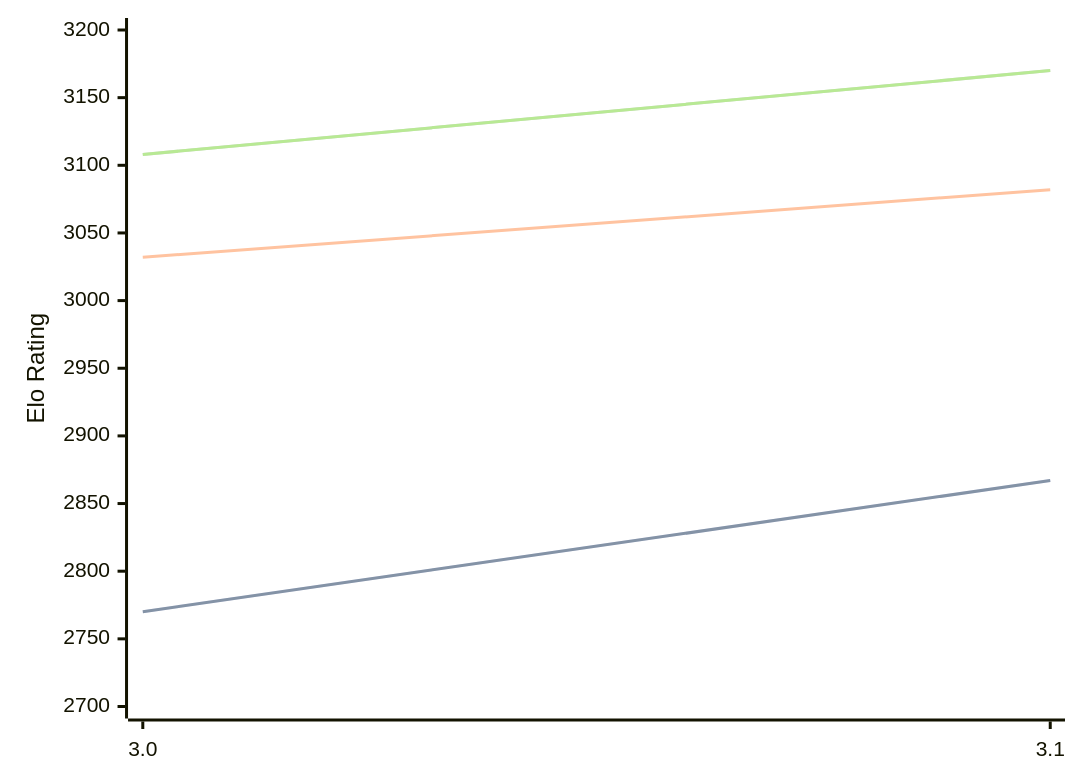
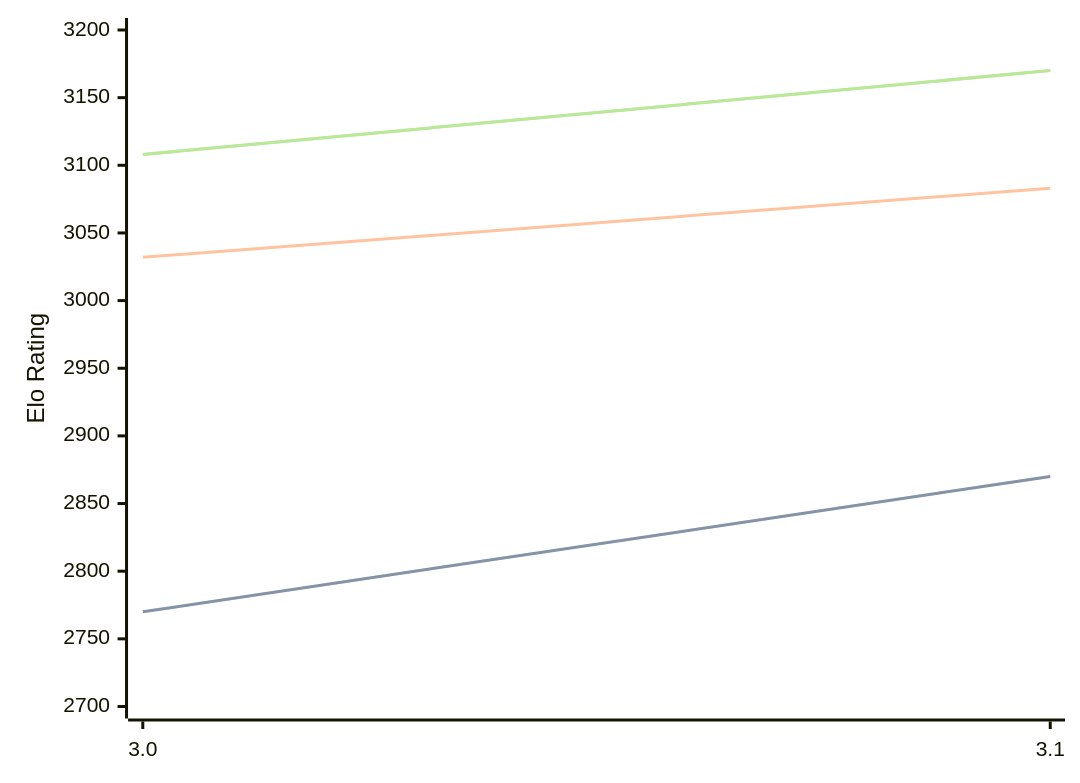
The diagram in engines/Vajolet2.md (computer-chess-index/cci), drawn with Mermaid before and after one commit. The commit also changed other lines of this file, not shown here.

Commit message:
Update CCI Ratings (ELO VLTC) - 2026-04-22

````diff
--- a/engines/Vajolet2.md
+++ b/engines/Vajolet2.md
@@ -40,11 +40,11 @@
 ```mermaid
 %%{init: {"theme":"base","themeVariables":{"seriesColors:['#a3a3a3','#222221','#faa371']}}}%%
 xychart-beta
   x-axis ["3.0", "3.1"]
   y-axis "Elo Rating" 2700 --> 3200
-  line "STC (8.0+0.08s)" [2770, 2867]
-  line "STC (8.0+0.08s)" [2770, 2867]
-  line "LTC (60.0+0.60s)" [3032, 3082]
+  line "STC (8.0+0.08s)" [2770, 2870]
+  line "STC (8.0+0.08s)" [2770, 2870]
+  line "LTC (60.0+0.60s)" [3032, 3083]
   line "VLTC (2m24s+1.12s)" [3108, 3170]
   line "VLTC (2m24s+1.12s)" [3108, 3170]
 ```
````
